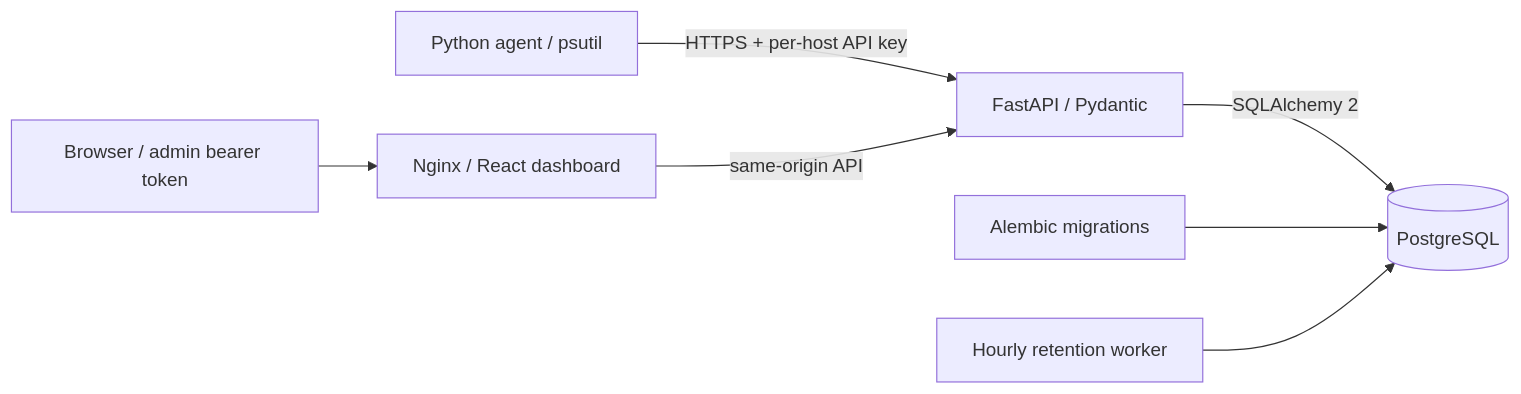
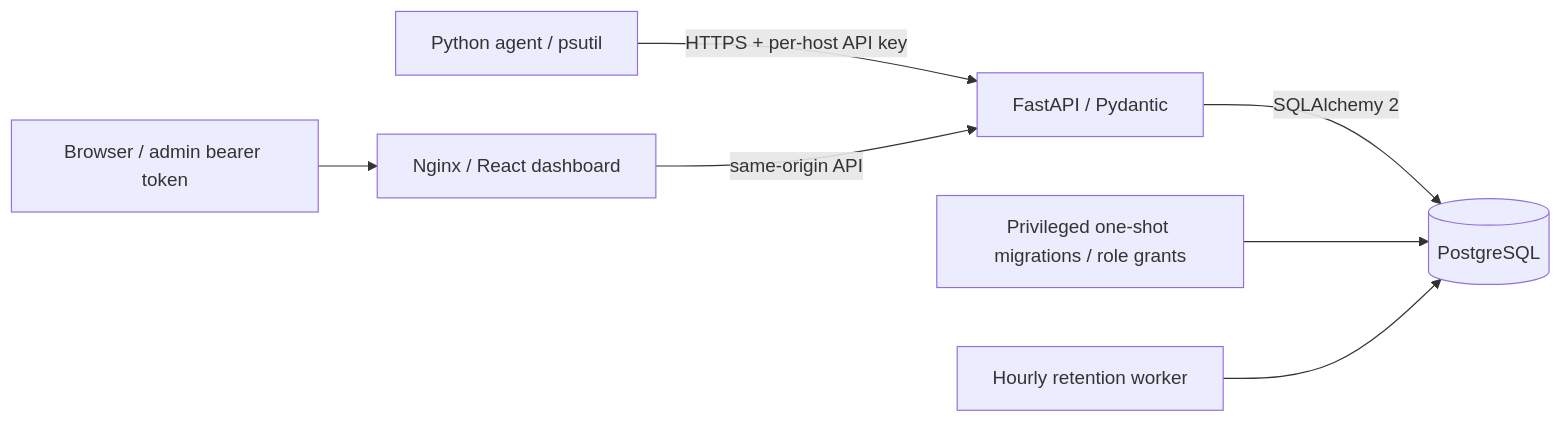
The diagram in README.md (guptaoni891-ctrl/CloudPulse), drawn with Mermaid before and after one commit. The commit also changed other lines of this file and 36 other files, not shown here.

````diff
--- a/README.md
+++ b/README.md
@@ -133,9 +151,9 @@
 ```mermaid
 flowchart LR
     A[Python agent / psutil] -->|HTTPS + per-host API key| B[FastAPI / Pydantic]
     U[Browser / admin bearer token] --> N[Nginx / React dashboard]
     N -->|same-origin API| B
     B -->|SQLAlchemy 2| D[(PostgreSQL)]
-    M[Alembic migrations] --> D
+    M[Privileged one-shot migrations / role grants] --> D
     R[Hourly retention worker] --> D
 ```
````
